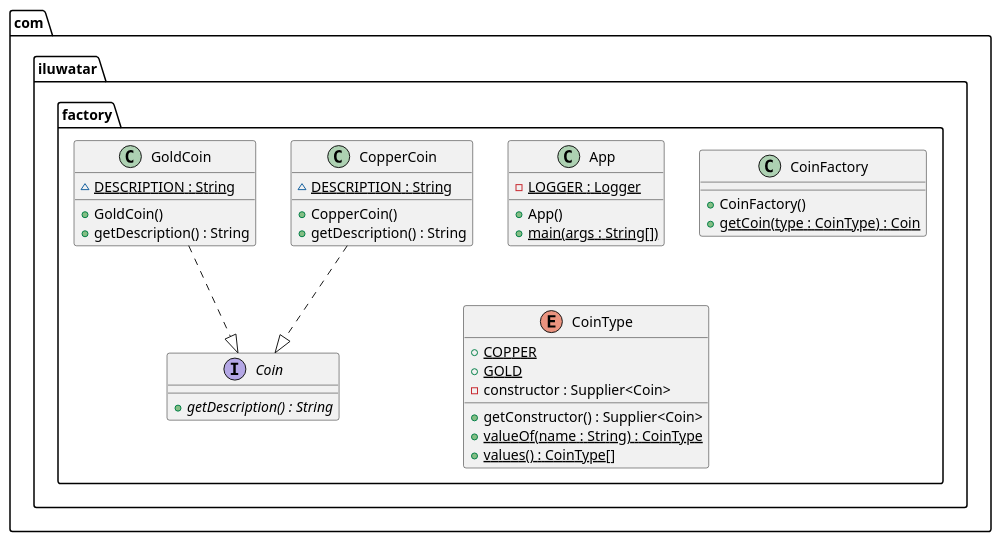
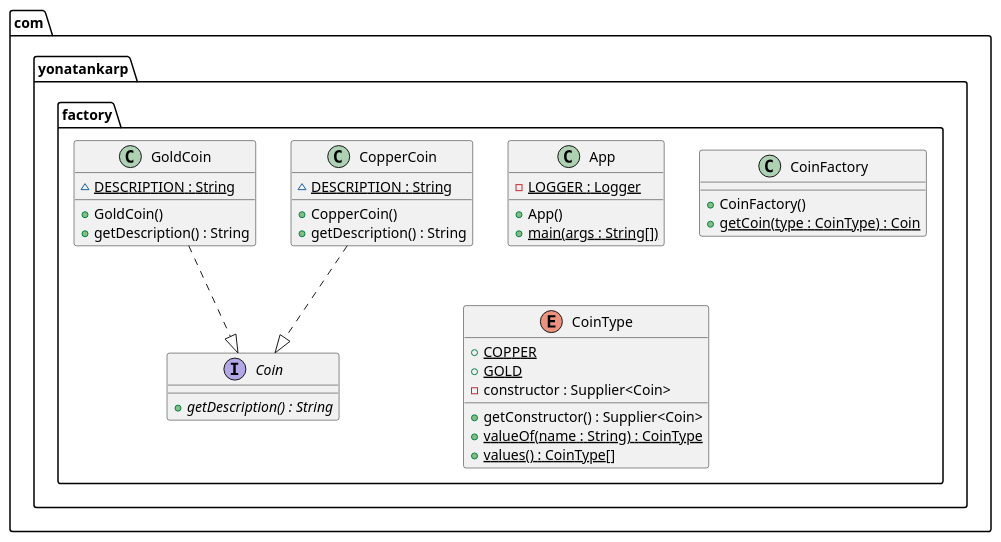
Before and after one commit to yonatankarp/kotlin-design-patterns: the diagram in factory/etc/factory.puml, drawn with PlantUML. The commit also changed 3 other files, not shown here.

First line of the commit message:
Fix package names in UML

```diff
--- a/factory/etc/factory.puml
+++ b/factory/etc/factory.puml
@@ -1,36 +1,36 @@
 @startuml
-package com.iluwatar.factory {
+package com.yonatankarp.factory {
   class App {
     - LOGGER : Logger {static}
     + App()
     + main(args : String[]) {static}
   }
   interface Coin {
     + getDescription() : String {abstract}
   }
   class CoinFactory {
     + CoinFactory()
     + getCoin(type : CoinType) : Coin {static}
   }
   enum CoinType {
     + COPPER {static}
     + GOLD {static}
     - constructor : Supplier<Coin>
     + getConstructor() : Supplier<Coin>
     + valueOf(name : String) : CoinType {static}
     + values() : CoinType[] {static}
   }
   class CopperCoin {
     ~ DESCRIPTION : String {static}
     + CopperCoin()
     + getDescription() : String
   }
   class GoldCoin {
     ~ DESCRIPTION : String {static}
     + GoldCoin()
     + getDescription() : String
   }
 }
 CopperCoin ..|> Coin
 GoldCoin ..|> Coin
 @enduml
```
